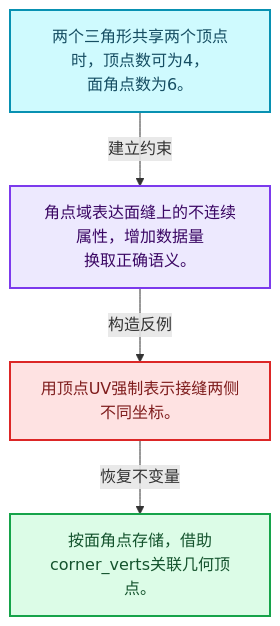
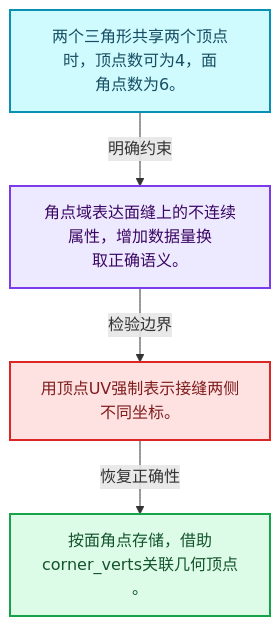
Before and after one commit to yunkezengren/blender-.vscode: the first of 4 diagrams in 杂/markdown/全面学习-codex/05-几何存储与拓扑映射/01-Mesh顶点边面角点.md, drawn with Mermaid. The commit also changed other lines of this file and 1930 other files, not shown here.

````diff
--- a/杂/markdown/全面学习-codex/05-几何存储与拓扑映射/01-Mesh顶点边面角点.md
+++ b/杂/markdown/全面学习-codex/05-几何存储与拓扑映射/01-Mesh顶点边面角点.md
@@ -29,16 +29,16 @@
 ```mermaid
 flowchart TB
-  M["两个三角形共享两个顶点时，顶点数可为4，<br/>面角点数为6。"]:::data
-  T["角点域表达面缝上的不连续属性，增加数据量<br/>换取正确语义。"]:::abstraction
-  X["用顶点UV强制表示接缝两侧不同坐标。"]:::error
-  A["按面角点存储，借助corner_verts关联几何顶<br/>点。"]:::result
-  M -->|"建立约束"| T
-  T -->|"构造反例"| X
-  X -->|"恢复不变量"| A
+  M["两个三角形共享两个顶点时，顶点数可为4，面<br/>角点数为6。"]:::data
+  C["角点域表达面缝上的不连续属性，增加数据量换<br/>取正确语义。"]:::abstraction
+  B["用顶点UV强制表示接缝两侧不同坐标。"]:::error
+  R["按面角点存储，借助corner_verts关联几何顶点<br/>。"]:::result
+  M -->|"明确约束"| C
+  C -->|"检验边界"| B
+  B -->|"恢复正确性"| R
   classDef input fill:#DBEAFE,stroke:#2563EB,color:#172554,stroke-width:2px;
   classDef data fill:#CFFAFE,stroke:#0891B2,color:#164E63,stroke-width:2px;
   classDef abstraction fill:#EDE9FE,stroke:#7C3AED,color:#3B0764,stroke-width:2px;
   classDef compute fill:#FEF3C7,stroke:#D97706,color:#78350F,stroke-width:2px;
   classDef result fill:#DCFCE7,stroke:#16A34A,color:#14532D,stroke-width:2px;
   classDef error fill:#FEE2E2,stroke:#DC2626,color:#7F1D1D,stroke-width:2px;
 ```
````
